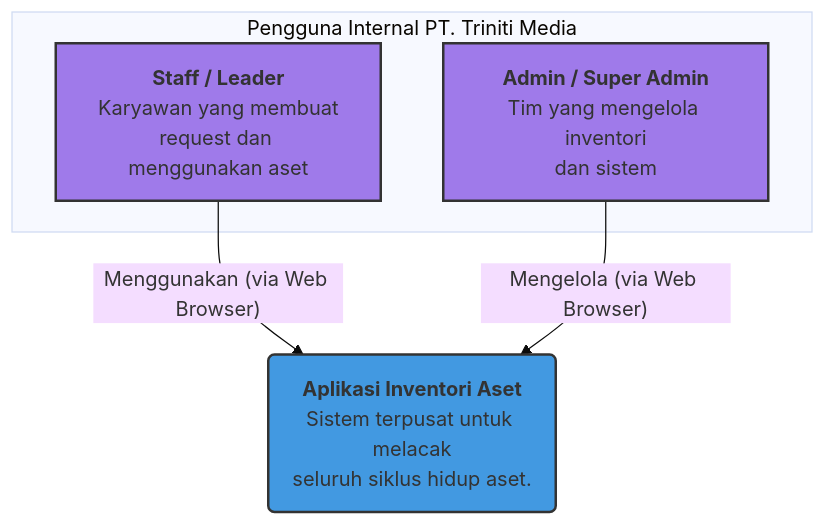
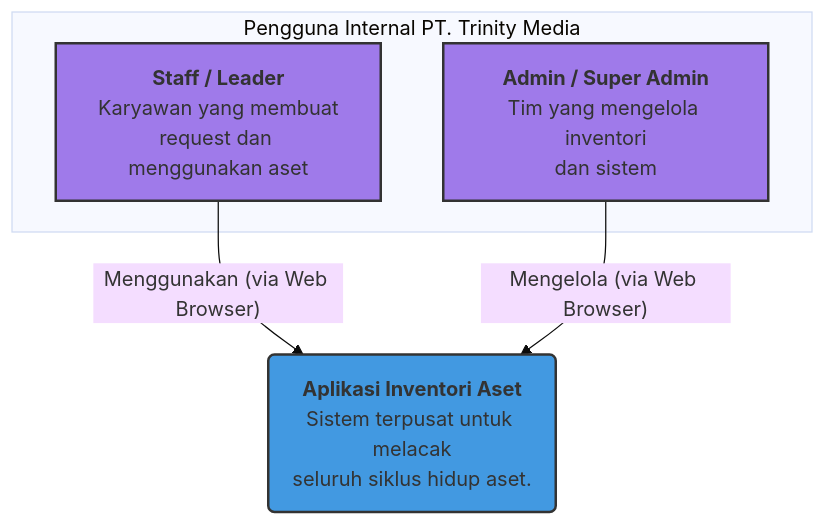
Before and after one commit to Asamaludi26/trinityinventoryapps: the first of 4 diagrams in Docs/01_CONCEPT_AND_ARCHITECTURE/ARCHITECTURE.md, drawn with Mermaid (base theme). The commit also changed other lines of this file and 50 other files, not shown here.

````diff
--- a/Docs/01_CONCEPT_AND_ARCHITECTURE/ARCHITECTURE.md
+++ b/Docs/01_CONCEPT_AND_ARCHITECTURE/ARCHITECTURE.md
@@ -31,16 +31,16 @@
 ```mermaid
 graph TD
-    subgraph "Pengguna Internal PT. Triniti Media"
+    subgraph "Pengguna Internal PT. Trinity Media"
         A[<b>Staff / Leader</b><br>Karyawan yang membuat<br>request dan menggunakan aset]
         B[<b>Admin / Super Admin</b><br>Tim yang mengelola inventori<br>dan sistem]
     end
 
     C(<b>Aplikasi Inventori Aset</b><br>Sistem terpusat untuk melacak<br>seluruh siklus hidup aset.)
 
     A -- "Menggunakan (via Web Browser)" --> C
     B -- "Mengelola (via Web Browser)" --> C
-    
+
     style A fill:#9f7aea,stroke:#333,stroke-width:2px
     style B fill:#9f7aea,stroke:#333,stroke-width:2px
     style C fill:#4299e1,stroke:#333,stroke-width:2px
 ```
````
